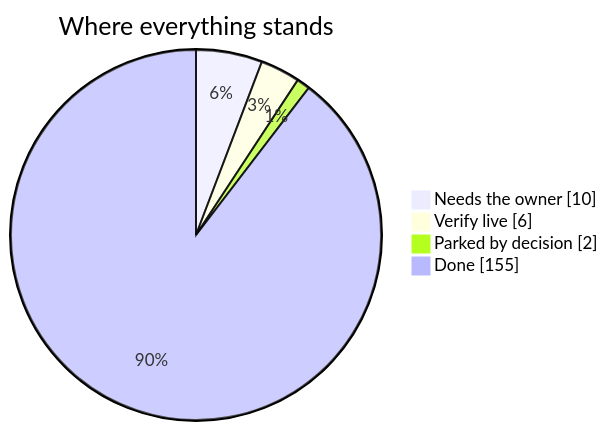
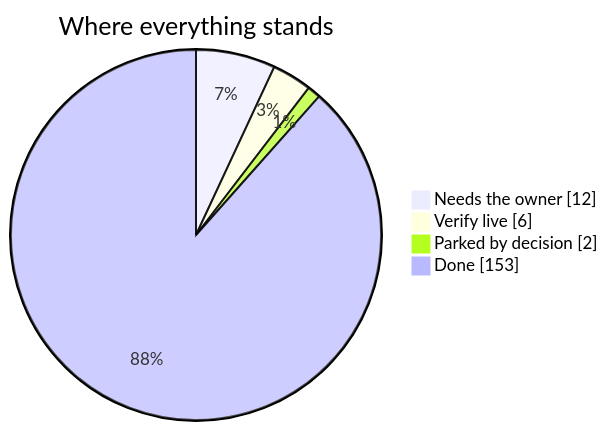
One commit to divitkej/gradlink changed the diagram in launch-board/README.md. Above: the diagram before and after it, drawn with Mermaid. The commit also changed other lines of this file and 6 other files, not shown here.

````diff
--- a/launch-board/README.md
+++ b/launch-board/README.md
@@ -11,8 +11,8 @@
 ```mermaid
 pie showData
   title Where everything stands
-  "Needs the owner" : 10
+  "Needs the owner" : 12
   "Verify live" : 6
   "Parked by decision" : 2
-  "Done" : 155
+  "Done" : 153
 ```
````
